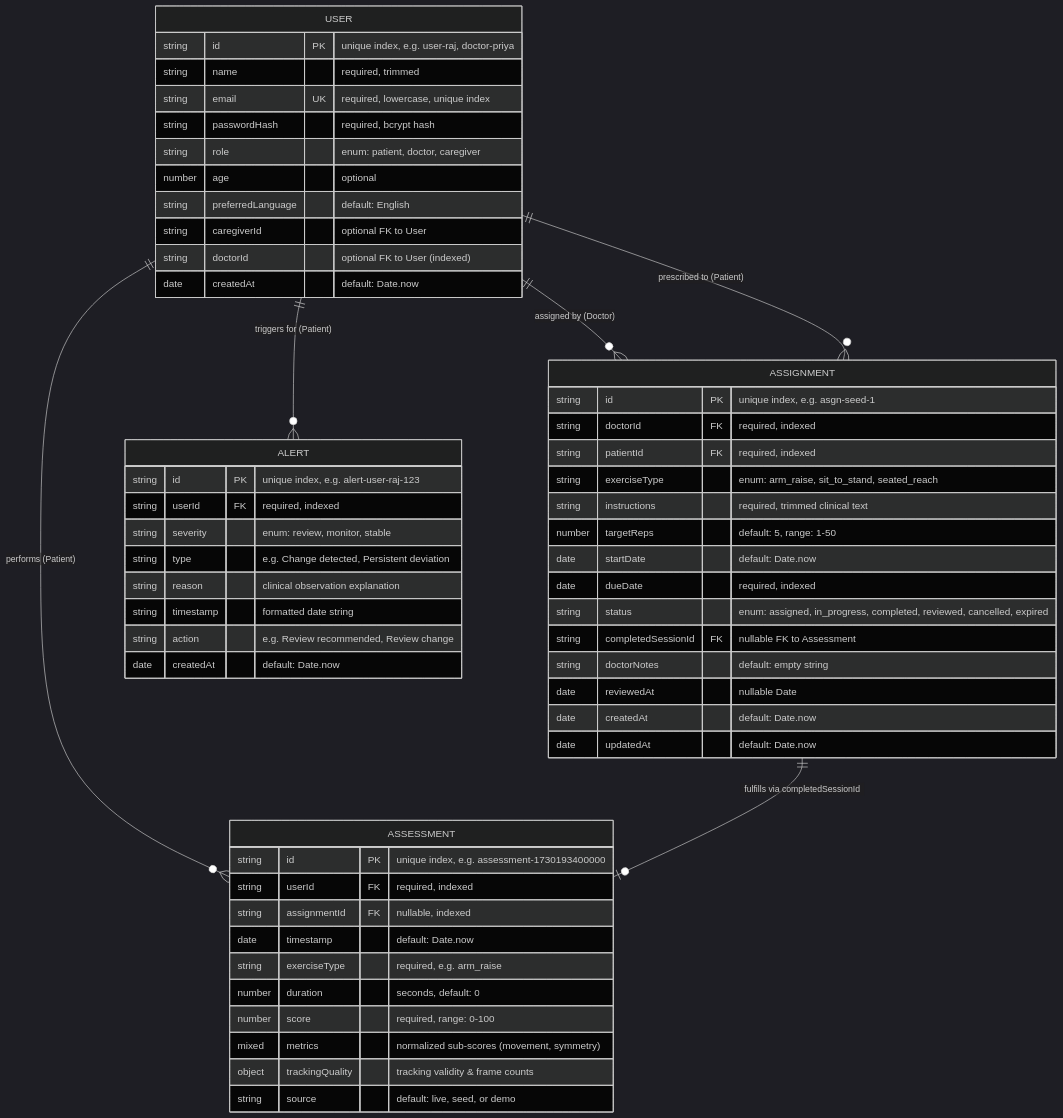
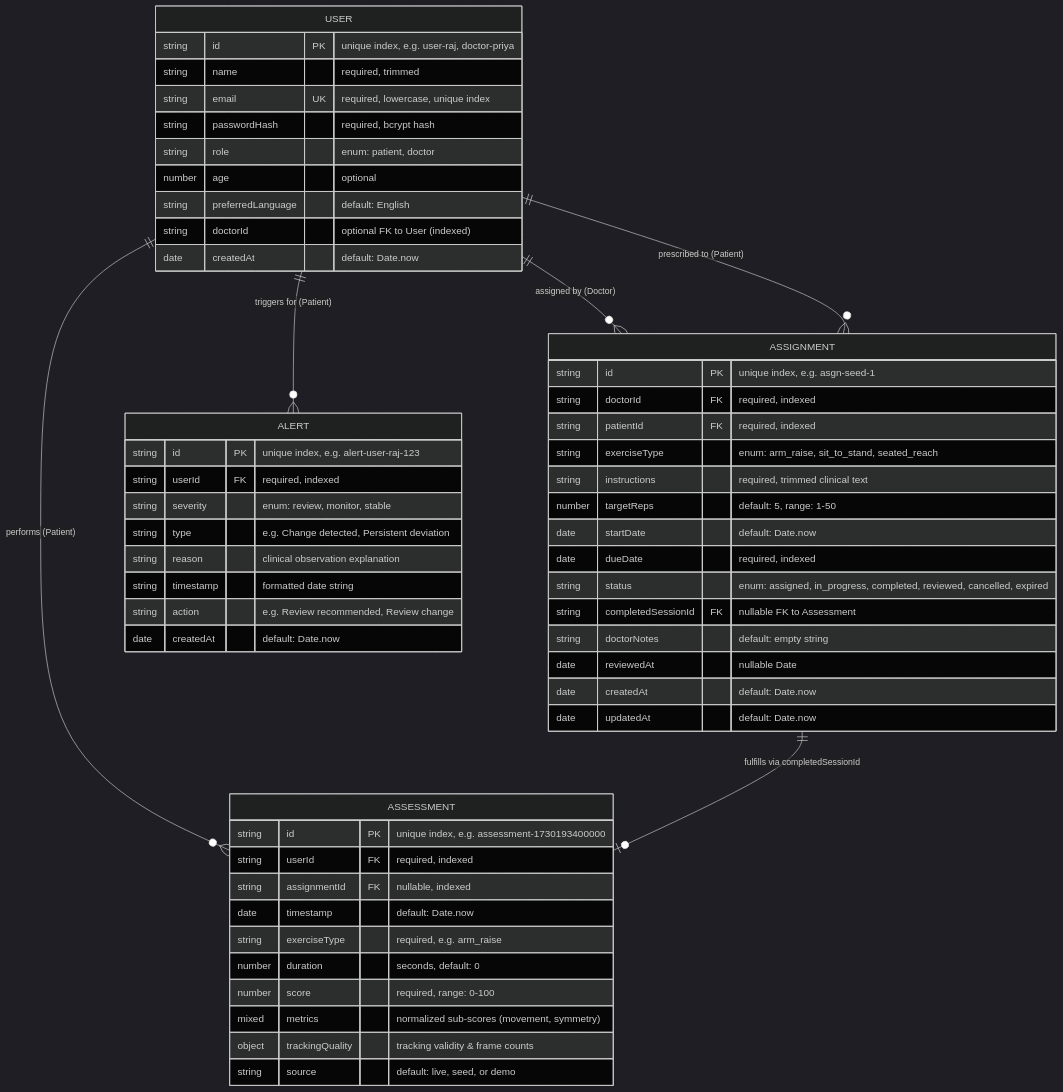
Before and after one commit to Raj-shukla-05/Hacksprint: the diagram in docs/project-audit/07-database-and-data-models.md, drawn with Mermaid (dark theme). The commit also changed other lines of this file and 32 other files, not shown here.

Commit message:
Remove caregiver role; app now supports patients and doctors only

````diff
--- a/docs/project-audit/07-database-and-data-models.md
+++ b/docs/project-audit/07-database-and-data-models.md
@@ -11,62 +11,61 @@
 ```mermaid
 erDiagram
     USER ||--o{ ASSIGNMENT : "assigned by (Doctor)"
     USER ||--o{ ASSIGNMENT : "prescribed to (Patient)"
     USER ||--o{ ASSESSMENT : "performs (Patient)"
     USER ||--o{ ALERT : "triggers for (Patient)"
     ASSIGNMENT ||--o| ASSESSMENT : "fulfills via completedSessionId"
 
     USER {
         string id PK "unique index, e.g. user-raj, doctor-priya"
         string name "required, trimmed"
         string email UK "required, lowercase, unique index"
         string passwordHash "required, bcrypt hash"
-        string role "enum: patient, doctor, caregiver"
+        string role "enum: patient, doctor"
         number age "optional"
         string preferredLanguage "default: English"
-        string caregiverId "optional FK to User"
         string doctorId "optional FK to User (indexed)"
         date createdAt "default: Date.now"
     }
 
     ASSIGNMENT {
         string id PK "unique index, e.g. asgn-seed-1"
         string doctorId FK "required, indexed"
         string patientId FK "required, indexed"
         string exerciseType "enum: arm_raise, sit_to_stand, seated_reach"
         string instructions "required, trimmed clinical text"
         number targetReps "default: 5, range: 1-50"
         date startDate "default: Date.now"
         date dueDate "required, indexed"
         string status "enum: assigned, in_progress, completed, reviewed, cancelled, expired"
         string completedSessionId FK "nullable FK to Assessment"
         string doctorNotes "default: empty string"
         date reviewedAt "nullable Date"
         date createdAt "default: Date.now"
         date updatedAt "default: Date.now"
     }
 
     ASSESSMENT {
         string id PK "unique index, e.g. assessment-1730193400000"
         string userId FK "required, indexed"
         string assignmentId FK "nullable, indexed"
         date timestamp "default: Date.now"
         string exerciseType "required, e.g. arm_raise"
         number duration "seconds, default: 0"
         number score "required, range: 0-100"
         mixed metrics "normalized sub-scores (movement, symmetry)"
         object trackingQuality "tracking validity & frame counts"
         string source "default: live, seed, or demo"
     }
 
     ALERT {
         string id PK "unique index, e.g. alert-user-raj-123"
         string userId FK "required, indexed"
         string severity "enum: review, monitor, stable"
         string type "e.g. Change detected, Persistent deviation"
         string reason "clinical observation explanation"
         string timestamp "formatted date string"
         string action "e.g. Review recommended, Review change"
         date createdAt "default: Date.now"
     }
 ```
````
